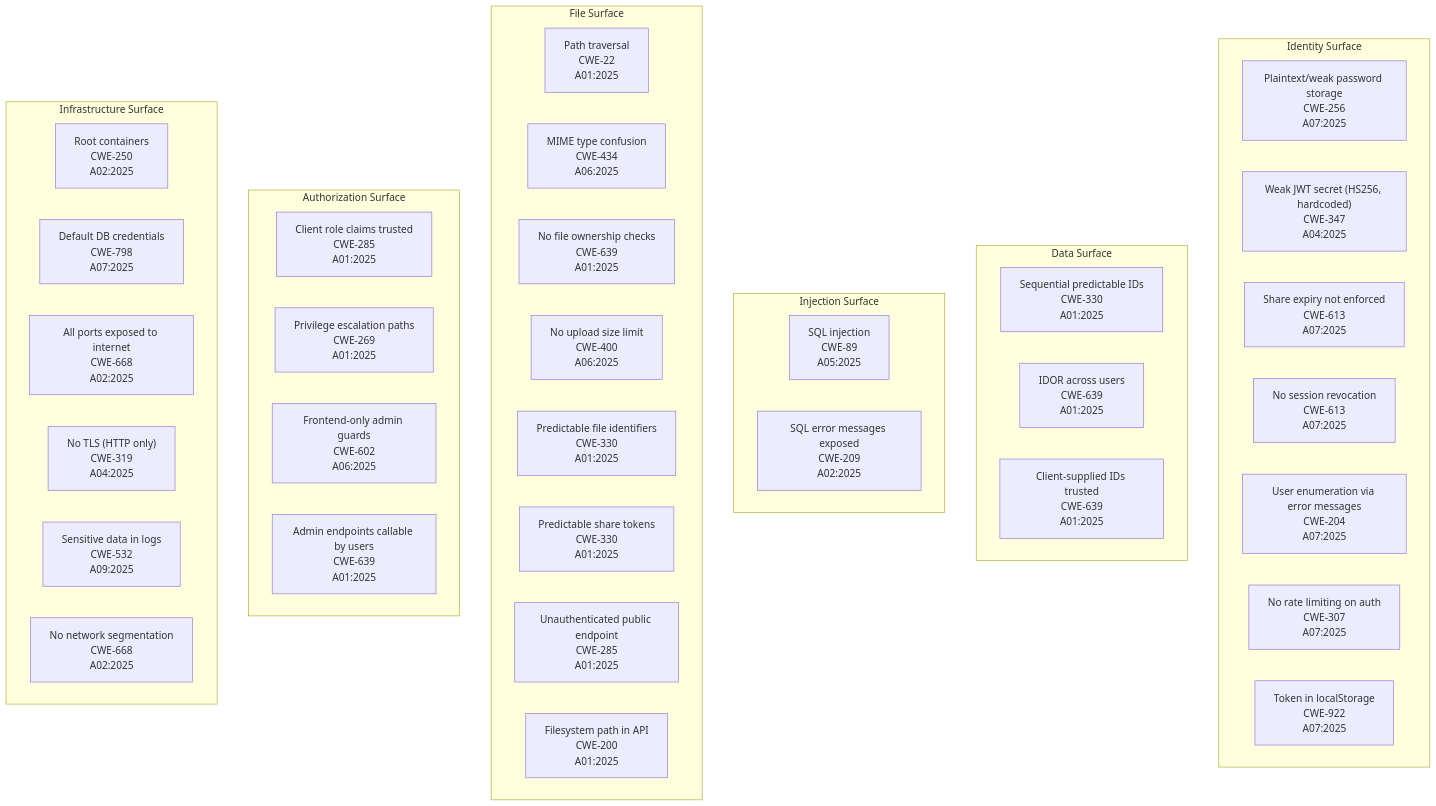
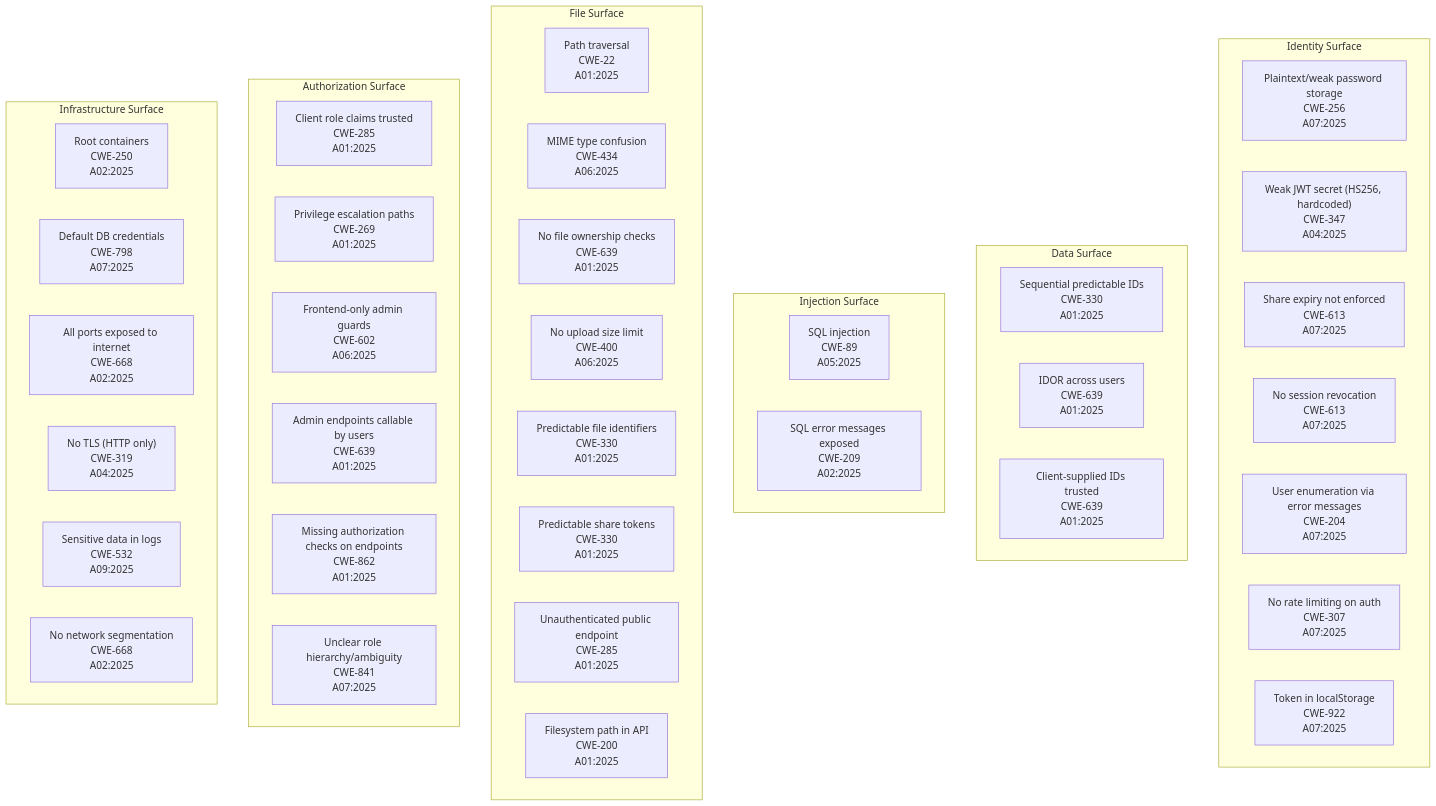
The first of 2 diagrams in docs/diagrams/threat-model.md (KLJr-Dev/KC-Project), drawn with Mermaid before and after one commit. The commit also changed other lines of this file, not shown here.

Commit message:
v0.4.6 docs: Update threat-model.md to include v0.4.x authorization weaknesses (CWE-862, CWE-841, CWE-532) in diagram and inventory table

````diff
--- a/docs/diagrams/threat-model.md
+++ b/docs/diagrams/threat-model.md
@@ -11,51 +11,53 @@
 ```mermaid
 graph TD
   subgraph identity ["Identity Surface"]
     PlaintextPW["Plaintext/weak password storage\nCWE-256\nA07:2025"]
     WeakJWT["Weak JWT secret (HS256, hardcoded)\nCWE-347\nA04:2025"]
     NoExpiry["No token expiration\nCWE-613\nA07:2025"]
     NoRevoke["No session revocation\nCWE-613\nA07:2025"]
     UserEnum["User enumeration via error messages\nCWE-204\nA07:2025"]
     NoRateLimit["No rate limiting on auth\nCWE-307\nA07:2025"]
     LocalStorageToken["Token in localStorage\nCWE-922\nA07:2025"]
   end
 
   subgraph data ["Data Surface"]
     SeqIDs["Sequential predictable IDs\nCWE-330\nA01:2025"]
     IDOR["IDOR across users\nCWE-639\nA01:2025"]
     ClientIDs["Client-supplied IDs trusted\nCWE-639\nA01:2025"]
   end
 
   subgraph injection ["Injection Surface"]
     SQLi["SQL injection\nCWE-89\nA05:2025"]
     SQLErrors["SQL error messages exposed\nCWE-209\nA02:2025"]
   end
 
   subgraph files ["File Surface"]
     PathTraversal["Path traversal\nCWE-22\nA01:2025"]
     MIMEConfusion["MIME type confusion\nCWE-434\nA06:2025"]
     NoFileOwnership["No file ownership checks\nCWE-639\nA01:2025"]
     OversizedUpload["No upload size limit\nCWE-400\nA06:2025"]
     PredictableFileIDs["Predictable file identifiers\nCWE-330\nA01:2025"]
     PredictableShareTokens["Predictable share tokens\nCWE-330\nA01:2025"]
     UnauthPublic["Unauthenticated public endpoint\nCWE-285\nA01:2025"]
     NoExpiry["Share expiry not enforced\nCWE-613\nA07:2025"]
     PathDisclosure["Filesystem path in API\nCWE-200\nA01:2025"]
   end
 
   subgraph authz ["Authorization Surface"]
     ClientRoles["Client role claims trusted\nCWE-285\nA01:2025"]
     PrivEsc["Privilege escalation paths\nCWE-269\nA01:2025"]
     FEOnlyGuard["Frontend-only admin guards\nCWE-602\nA06:2025"]
     CrossUserAccess["Admin endpoints callable by users\nCWE-639\nA01:2025"]
+    MissingGuards["Missing authorization checks on endpoints\nCWE-862\nA01:2025"]
+    RoleHierarchy["Unclear role hierarchy/ambiguity\nCWE-841\nA07:2025"]
   end
 
   subgraph infra ["Infrastructure Surface"]
     RootContainers["Root containers\nCWE-250\nA02:2025"]
     DefaultCreds["Default DB credentials\nCWE-798\nA07:2025"]
     AllPortsExposed["All ports exposed to internet\nCWE-668\nA02:2025"]
     NoTLS["No TLS (HTTP only)\nCWE-319\nA04:2025"]
     VerboseLogs["Sensitive data in logs\nCWE-532\nA09:2025"]
     NoNetworkSeg["No network segmentation\nCWE-668\nA02:2025"]
   end
 ```
````
